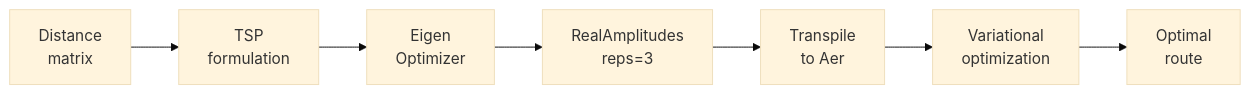
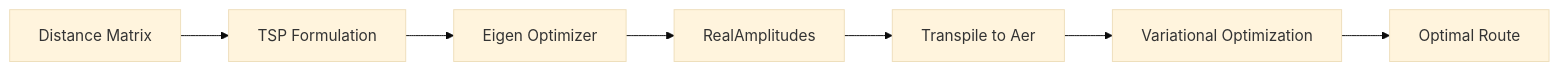
Before and after one commit to PouliotAlexis/QuantumCT-RTRC-qBraid-Challenge: the second of 3 diagrams in README.md, drawn with Mermaid (base theme). The commit also changed other lines of this file, not shown here.

Commit message:
docs: simplify Mermaid diagrams and standardize text formatting in README.md

````diff
--- a/README.md
+++ b/README.md
@@ -127,4 +127,4 @@
 ```mermaid
-flowchart LR
-    A["Distance<br/>matrix"] --> B["TSP<br/>formulation"] --> C["Eigen<br/>Optimizer"] --> D["RealAmplitudes<br/>reps=3"] --> E["Transpile<br/>to Aer"] --> F["Variational<br/>optimization"] --> G["Optimal<br/>route"]
+graph LR
+    A["Distance Matrix"] --> B["TSP Formulation"] --> C["Eigen Optimizer"] --> D["RealAmplitudes"] --> E["Transpile to Aer"] --> F["Variational Optimization"] --> G["Optimal Route"]
 ```
````
